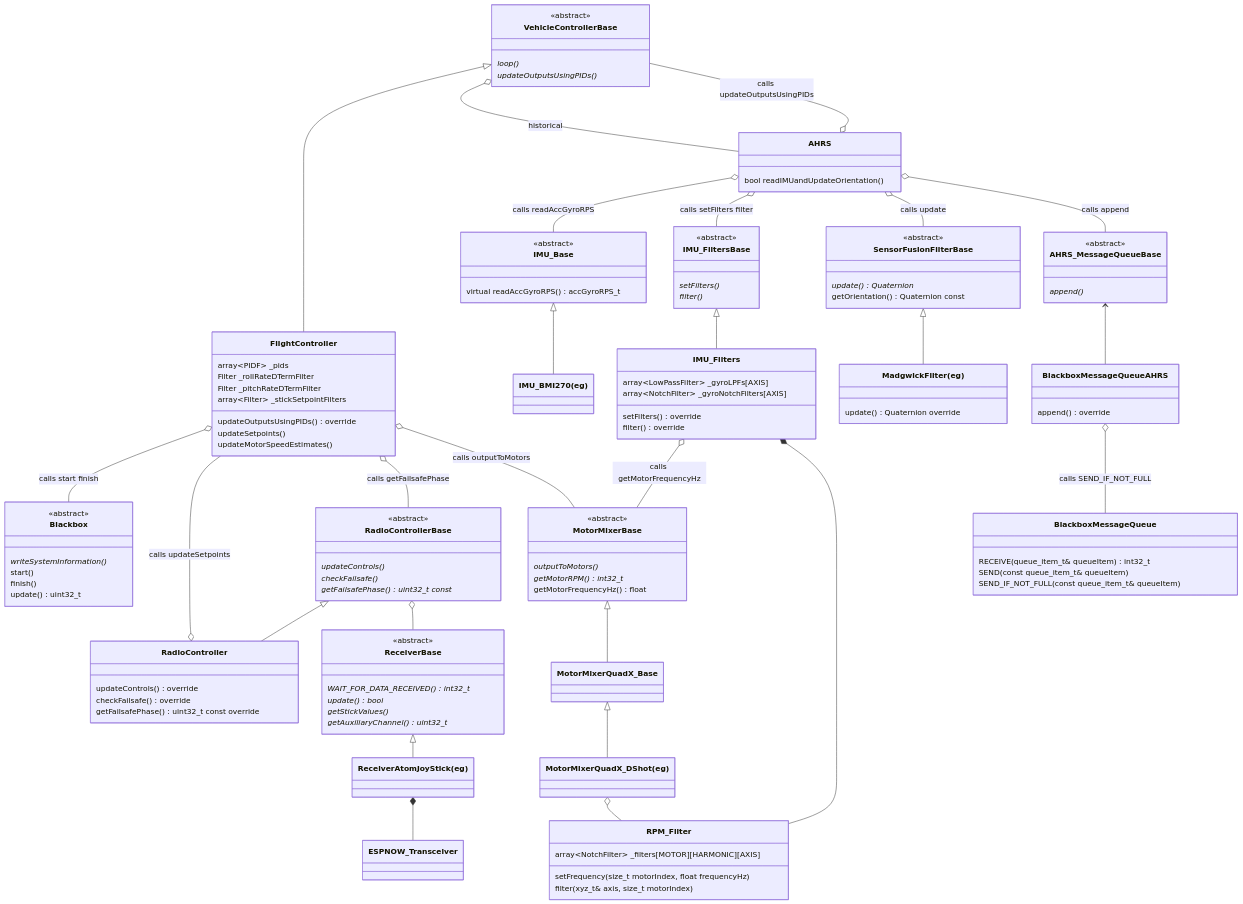
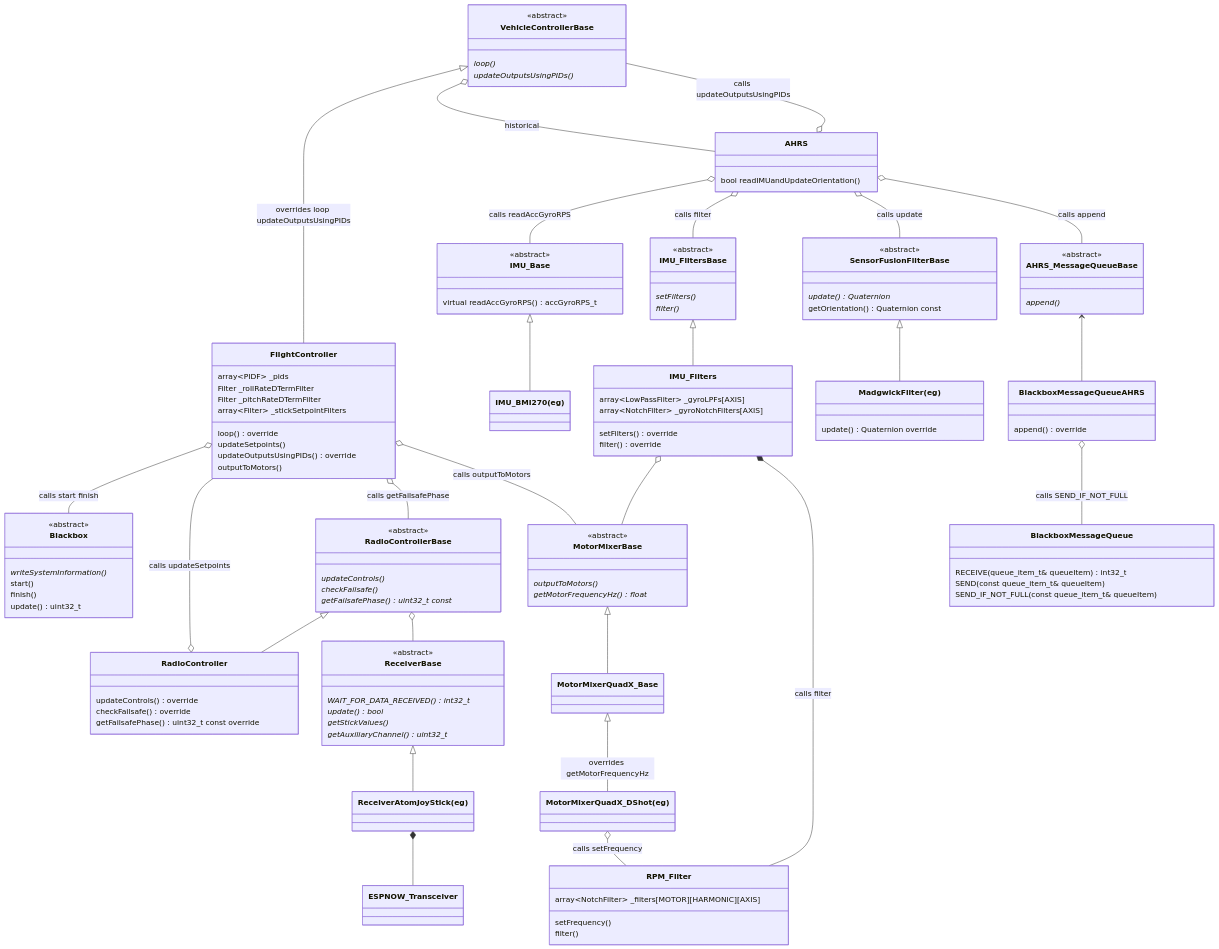
Before and after one commit to martinbudden/Protoflight: the first of 5 diagrams in README.md, drawn with Mermaid. The commit also changed other lines of this file and 13 other files, not shown here.

Commit message:
Added FlightControllerMessageQueue and output filters.

```diff
--- a/README.md
+++ b/README.md
@@ -283,21 +287,21 @@
     class MotorMixerBase {
         <<abstract>>
         outputToMotors() *
-        getMotorRPM() int32_t *
-        getMotorFrequencyHz() float
+        getMotorFrequencyHz() float *
     }
     link FlightController "https://github.com/martinbudden/protoflight/blob/main/lib/MotorMixers/src/MotorMixerBase.h"
     MotorMixerBase <|-- MotorMixerQuadX_Base
 
-    VehicleControllerBase <|-- FlightController
+    VehicleControllerBase <|-- FlightController : overrides loop updateOutputsUsingPIDs
     class FlightController {
         array~PIDF~ _pids
         Filter _rollRateDTermFilter
         Filter _pitchRateDTermFilter
         array~Filter~ _stickSetpointFilters
+        loop() override
+        updateSetpoints()
         updateOutputsUsingPIDs() override
-        updateSetpoints()
-        updateMotorSpeedEstimates()
+        outputToMotors()
     }
     link FlightController "https://github.com/martinbudden/protoflight/blob/main/lib/FlightController/src/FlightController.h"
     FlightController o-- Blackbox : calls start finish
@@ -310,7 +314,7 @@
     }
     link AHRS "https://github.com/martinbudden/Library-StabilizedVehicle/blob/main/src/AHRS.h"
     AHRS o-- IMU_Base : calls readAccGyroRPS
-    AHRS o-- IMU_FiltersBase : calls setFilters filter
+    AHRS o-- IMU_FiltersBase : calls filter
     AHRS o-- SensorFusionFilterBase : calls update
     AHRS o-- AHRS_MessageQueueBase : calls append
     AHRS o-- VehicleControllerBase : calls updateOutputsUsingPIDs
@@ -344,8 +348,8 @@
 
     class RPM_Filter {
         array~NotchFilter~ _filters[MOTOR][HARMONIC][AXIS]
-        setFrequency(size_t motorIndex, float frequencyHz)
-        filter(xyz_t& axis, size_t motorIndex)
+        setFrequency()
+        filter()
     }
     link RPM_Filter "https://github.com/martinbudden/protoflight/blob/main/lib/FlightController/src/RPM_Filter.h"
 
@@ -357,16 +361,16 @@
         filter() override
     }
     link IMU_Filters "https://github.com/martinbudden/protoflight/blob/main/lib/FlightController/src/IMU_Filters.h"
-    IMU_Filters o-- MotorMixerBase : calls getMotorFrequencyHz
-    IMU_Filters *-- RPM_Filter
+    IMU_Filters o-- MotorMixerBase
+    IMU_Filters *-- RPM_Filter : calls filter
 
-    MotorMixerQuadX_Base <|-- MotorMixerQuadX_DShot
+    MotorMixerQuadX_Base <|-- MotorMixerQuadX_DShot : overrides getMotorFrequencyHz
     class MotorMixerQuadX_Base
     link MotorMixerQuadX_Base "https://github.com/martinbudden/protoflight/blob/main/lib/MotorMixers/src/MotorMixerQuadX_Base.h"
 
     class MotorMixerQuadX_DShot["MotorMixerQuadX_DShot(eg)"]
     link MotorMixerQuadX_DShot "https://github.com/martinbudden/protoflight/blob/main/lib/MotorMixers/src/MotorMixerQuadX_DShot.h"
-    MotorMixerQuadX_DShot o-- RPM_Filter
+    MotorMixerQuadX_DShot o-- RPM_Filter : calls setFrequency
 
     IMU_Base <|-- IMU_BMI270
     class IMU_BMI270["IMU_BMI270(eg)"]
```
